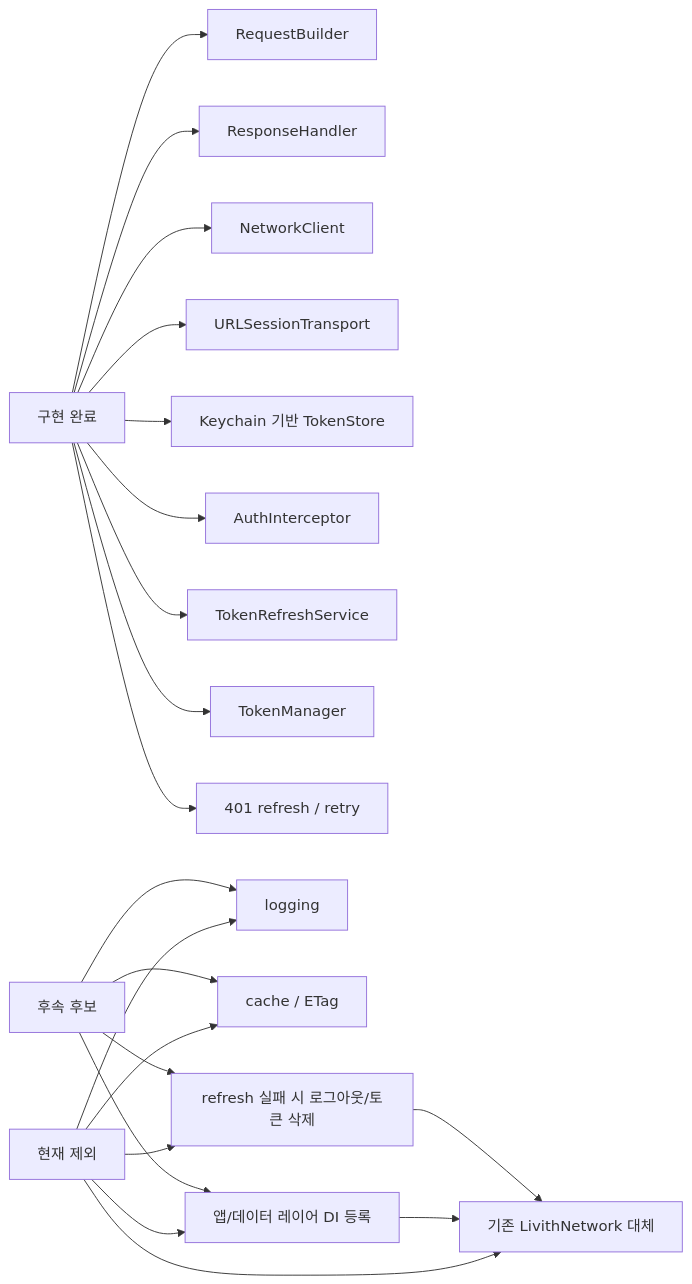
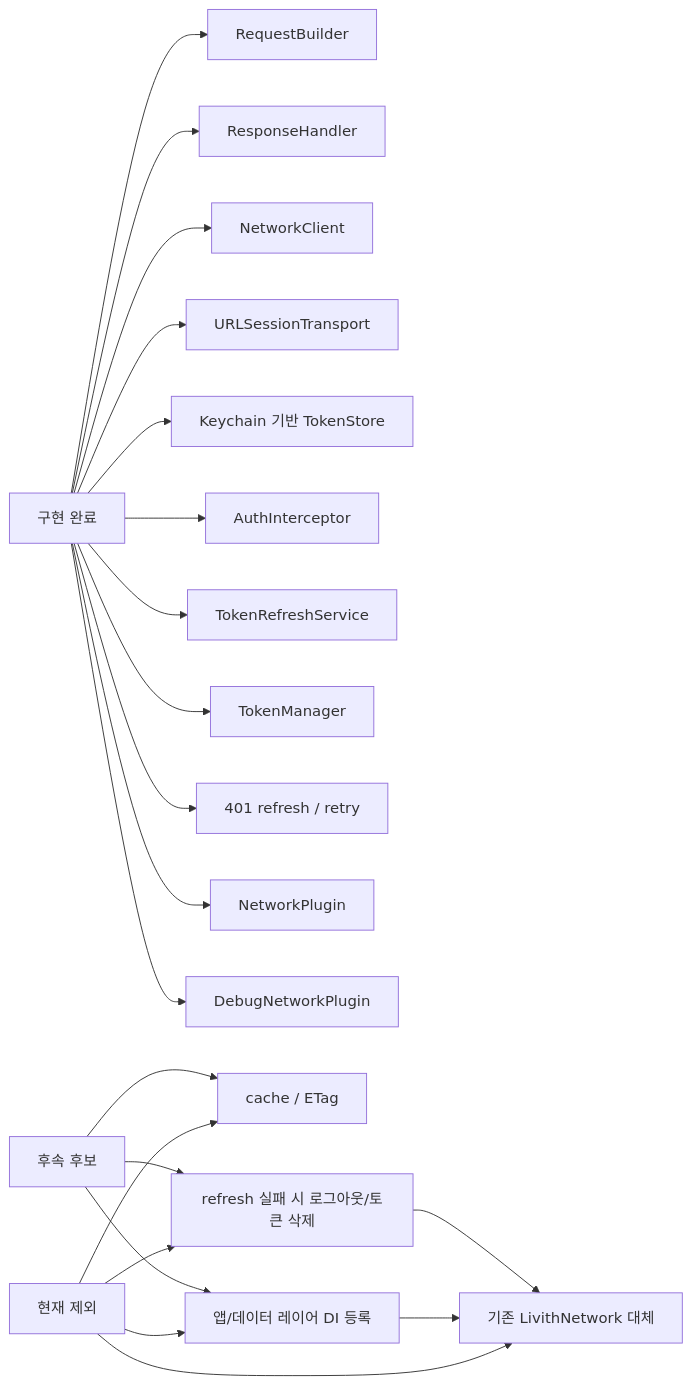
The first of 8 diagrams in Projects/LivithNetworking/README.md (mediunn/Livith-iOS), drawn with Mermaid before and after one commit. The commit also changed other lines of this file and 7 other files, not shown here.

````diff
--- a/Projects/LivithNetworking/README.md
+++ b/Projects/LivithNetworking/README.md
@@ -7,29 +7,29 @@
 ```mermaid
 flowchart LR
     Done[구현 완료]
     Out[현재 제외]
     Next[후속 후보]
 
     Done --> Request[RequestBuilder]
     Done --> Response[ResponseHandler]
     Done --> Client[NetworkClient]
     Done --> Transport[URLSessionTransport]
     Done --> TokenStore[Keychain 기반 TokenStore]
     Done --> Interceptor[AuthInterceptor]
     Done --> RefreshService[TokenRefreshService]
     Done --> TokenManager[TokenManager]
     Done --> Retry[401 refresh / retry]
+    Done --> Plugin[NetworkPlugin]
+    Done --> DebugPlugin[DebugNetworkPlugin]
 
-    Out --> Logging[logging]
     Out --> Cache[cache / ETag]
     Out --> Logout[refresh 실패 시 로그아웃/토큰 삭제]
     Out --> DI[앱/데이터 레이어 DI 등록]
     Out --> Migration[기존 LivithNetwork 대체]
 
     Next --> DI
     Next --> Logout
-    Next --> Logging
     Next --> Cache
     DI --> Migration
     Logout --> Migration
 ```
````
